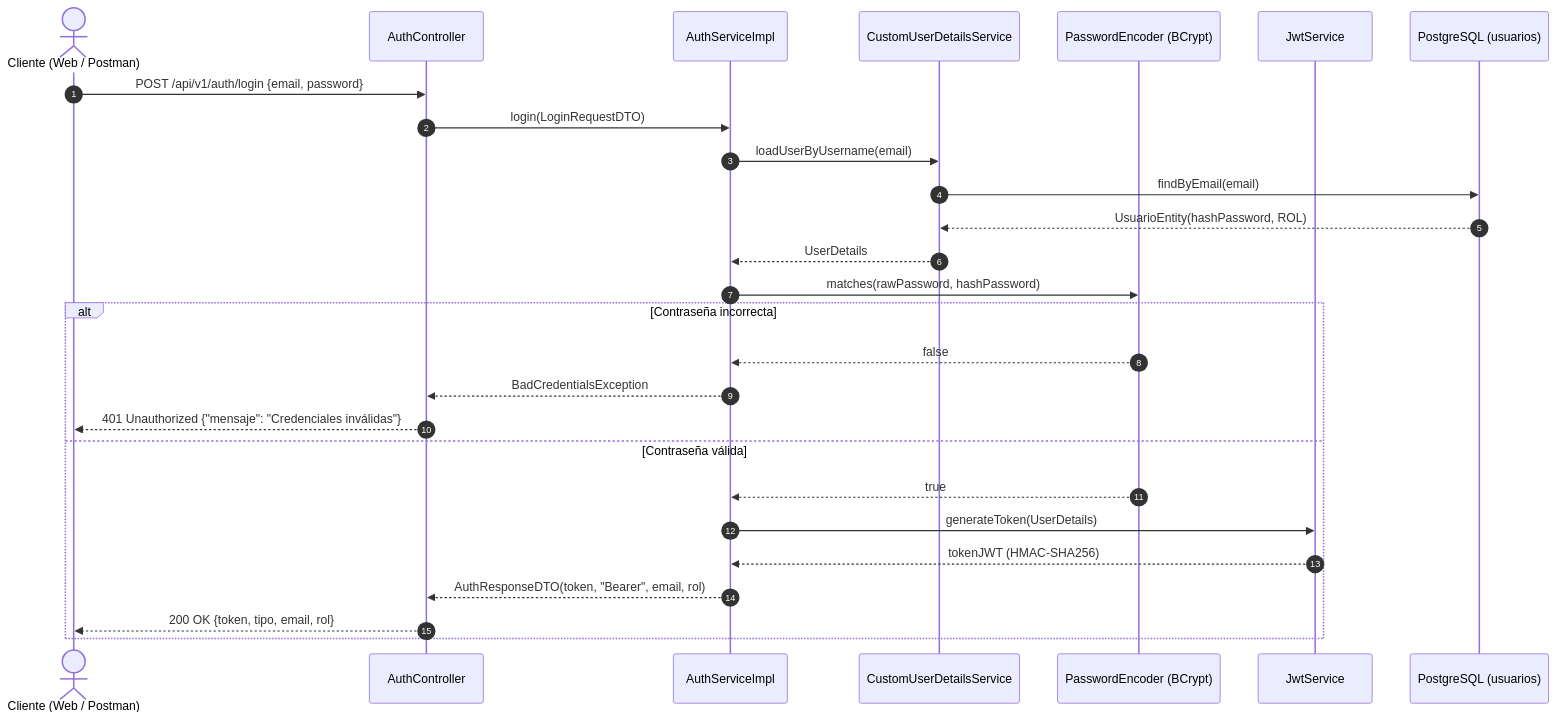
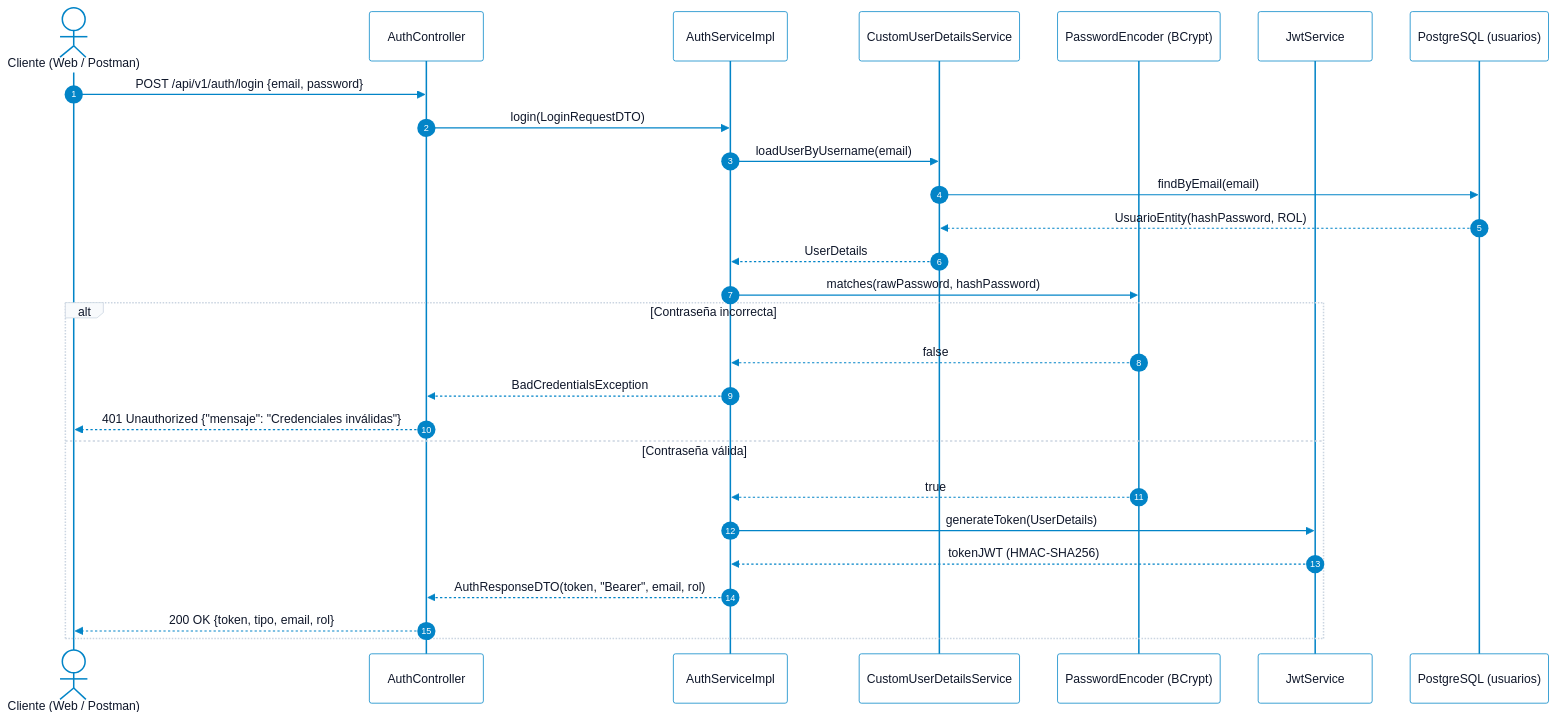
The first of 6 diagrams in docs/arquitectura-hld.md (ECI-FIT/ecifit-backend), drawn with Mermaid before and after one commit. The commit also changed other lines of this file, not shown here.

Commit message:
docs(arquitectura): forzar fondo blanco y estilo nítido en diagramas de secuencia y actualizar sección 8.2

````diff
--- a/docs/arquitectura-hld.md
+++ b/docs/arquitectura-hld.md
@@ -973,30 +973,31 @@
 ```mermaid
+%%{init: {'theme': 'default', 'themeVariables': { 'darkMode': false, 'background': '#FFFFFF', 'actorBkg': '#FFFFFF', 'actorBorder': '#0284C7', 'actorTextColor': '#0F172A', 'actorLineColor': '#0284C7', 'signalColor': '#0284C7', 'signalTextColor': '#0F172A', 'labelBoxBkgColor': '#F8FAFC', 'labelBoxBorderColor': '#CBD5E1', 'labelTextColor': '#0F172A', 'loopTextColor': '#0F172A', 'noteBkgColor': '#FEF3C7', 'noteBorderColor': '#D97706', 'noteTextColor': '#78350F', 'activationBorderColor': '#0284C7', 'activationBkgColor': '#E0F2FE' }}}%%
 sequenceDiagram
     autonumber
     actor Cliente as Cliente (Web / Postman)
     participant AuthCtrl as AuthController
     participant AuthSvc as AuthServiceImpl
     participant UserDetails as CustomUserDetailsService
     participant Encoder as PasswordEncoder (BCrypt)
     participant JwtService as JwtService
     participant BD as PostgreSQL (usuarios)
 
     Cliente->>AuthCtrl: POST /api/v1/auth/login {email, password}
     AuthCtrl->>AuthSvc: login(LoginRequestDTO)
     AuthSvc->>UserDetails: loadUserByUsername(email)
     UserDetails->>BD: findByEmail(email)
     BD-->>UserDetails: UsuarioEntity(hashPassword, ROL)
     UserDetails-->>AuthSvc: UserDetails
     AuthSvc->>Encoder: matches(rawPassword, hashPassword)
     alt Contraseña incorrecta
         Encoder-->>AuthSvc: false
         AuthSvc-->>AuthCtrl: BadCredentialsException
         AuthCtrl-->>Cliente: 401 Unauthorized {"mensaje": "Credenciales inválidas"}
     else Contraseña válida
         Encoder-->>AuthSvc: true
         AuthSvc->>JwtService: generateToken(UserDetails)
         JwtService-->>AuthSvc: tokenJWT (HMAC-SHA256)
         AuthSvc-->>AuthCtrl: AuthResponseDTO(token, "Bearer", email, rol)
         AuthCtrl-->>Cliente: 200 OK {token, tipo, email, rol}
     end
 ```
````
